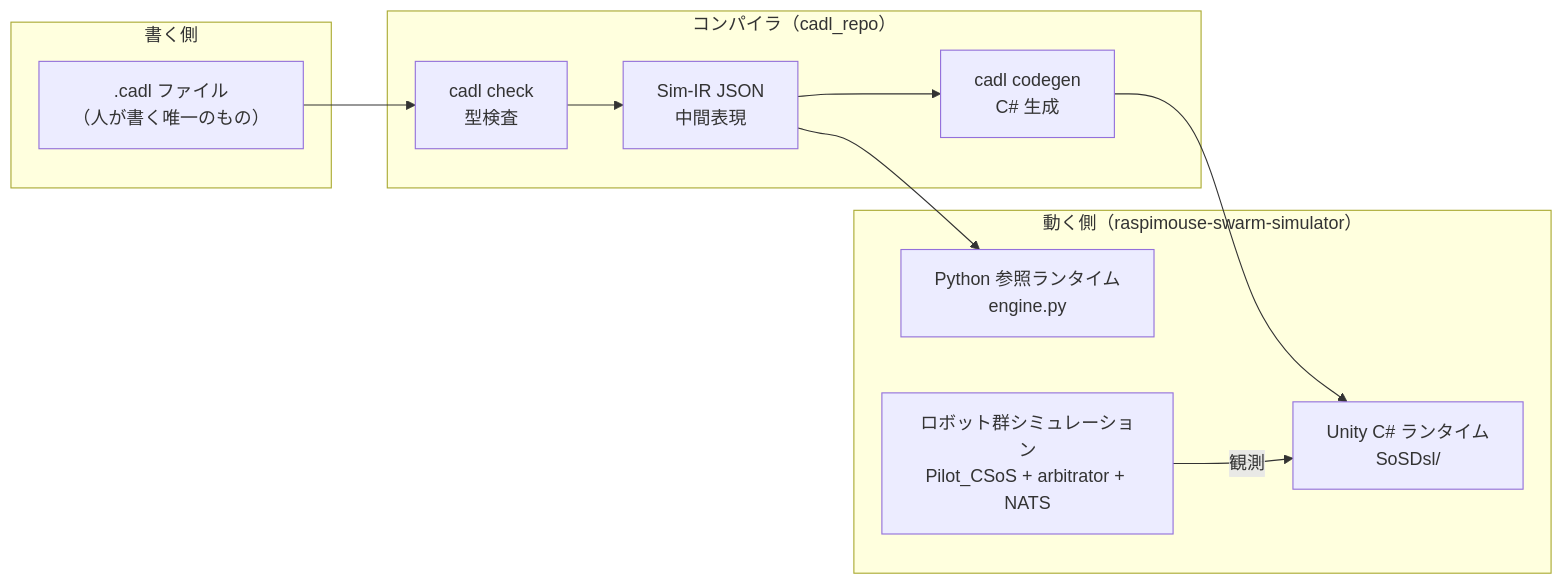
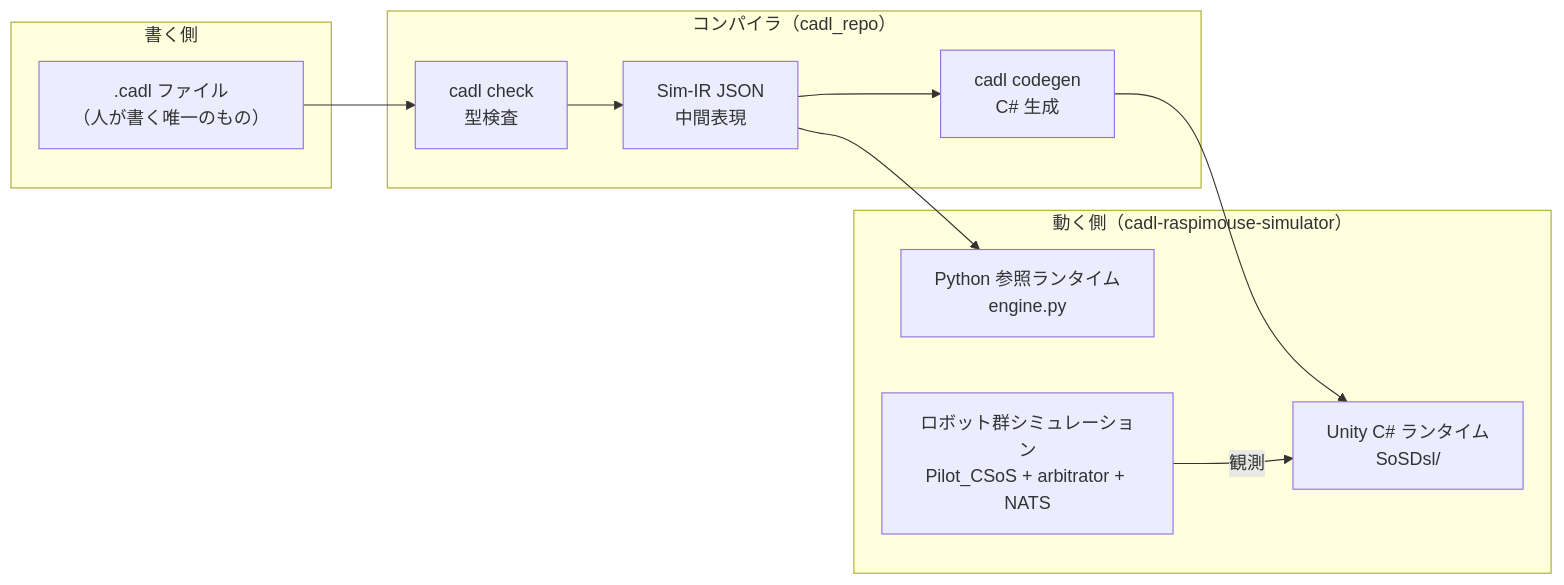
The diagram in i18n/ja/docusaurus-plugin-content-docs/current/handson/code-walkthrough.md (ertlnagoya/cadl-spec), drawn with Mermaid before and after one commit. The commit also changed other lines of this file and 7 other files, not shown here.

````diff
--- a/i18n/ja/docusaurus-plugin-content-docs/current/handson/code-walkthrough.md
+++ b/i18n/ja/docusaurus-plugin-content-docs/current/handson/code-walkthrough.md
@@ -15,20 +15,20 @@
 ```mermaid
 flowchart LR
   subgraph A["書く側"]
     CADL[".cadl ファイル<br/>（人が書く唯一のもの）"]
   end
   subgraph B["コンパイラ（cadl_repo）"]
     CHECK[cadl check<br/>型検査]
     IR["Sim-IR JSON<br/>中間表現"]
     GEN[cadl codegen<br/>C# 生成]
   end
-  subgraph C["動く側（raspimouse-swarm-simulator）"]
+  subgraph C["動く側（cadl-raspimouse-simulator）"]
     PY["Python 参照ランタイム<br/>engine.py"]
     UN["Unity C# ランタイム<br/>SoSDsl/"]
     SIM["ロボット群シミュレーション<br/>Pilot_CSoS + arbitrator + NATS"]
   end
   CADL --> CHECK --> IR
   IR --> PY
   IR --> GEN --> UN
   SIM -->|観測| UN
 ```
````
